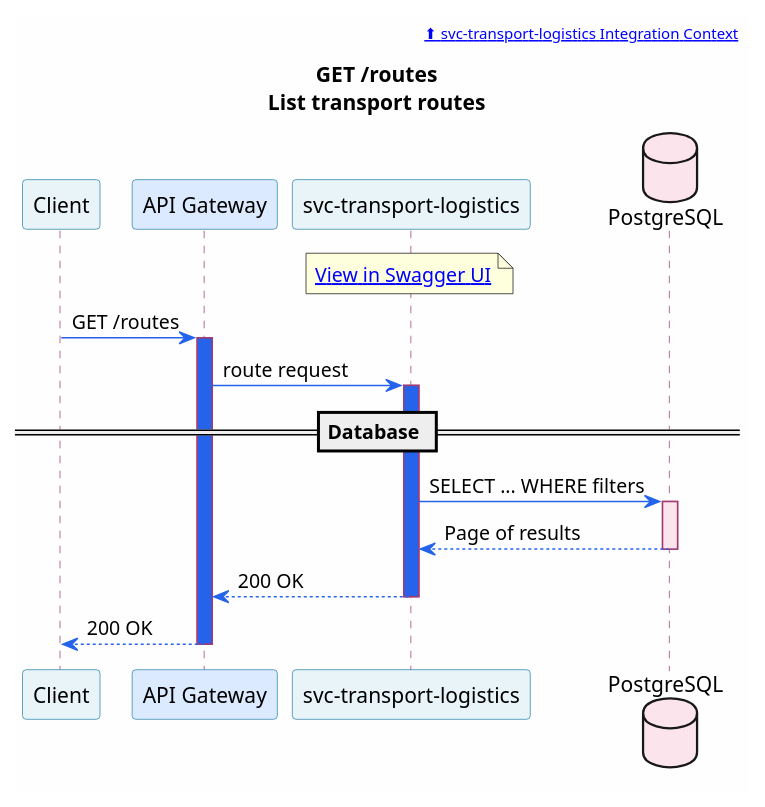
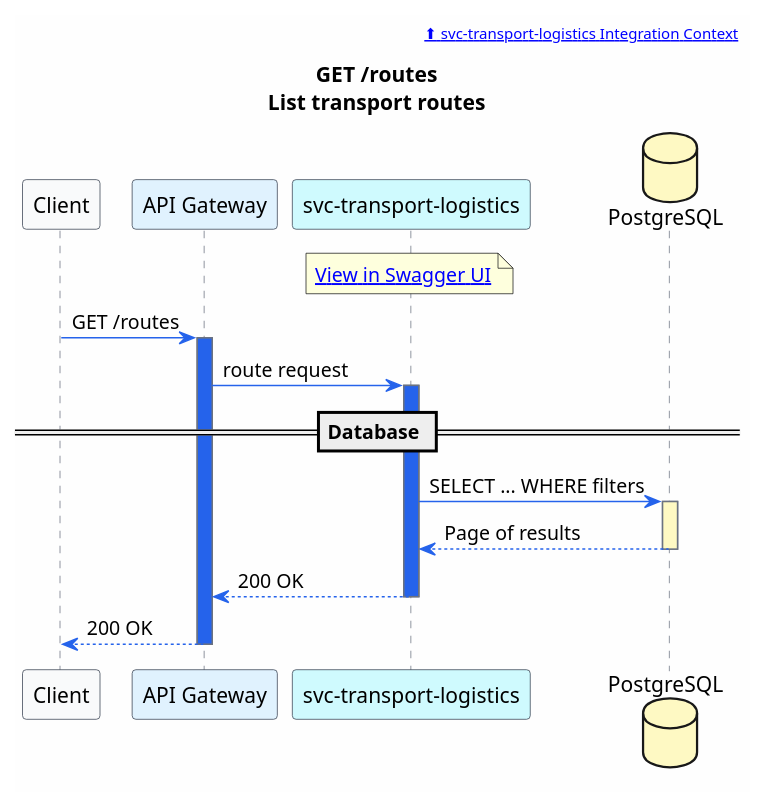
One commit to christopherblaisdell/continuous-architecture-platform-poc changed the diagram in portal/site/microservices/puml/svc-transport-logistics--get-routes.puml. Above: the diagram before and after it, drawn with PlantUML. The commit also changed 727 other files, not shown here.

```diff
--- a/portal/site/microservices/puml/svc-transport-logistics--get-routes.puml
+++ b/portal/site/microservices/puml/svc-transport-logistics--get-routes.puml
@@ -1,47 +1,47 @@
 @startuml svc-transport-logistics--get-routes
 
 skinparam backgroundColor #FEFEFE
 skinparam shadowing false
 skinparam defaultFontName "Segoe UI"
 skinparam sequence {
     ArrowColor #2563eb
-    ParticipantBorderColor #2E86AB
-    ParticipantBackgroundColor #E8F4F8
-    LifeLineBorderColor #A23B72
-    BoxBorderColor #F18F01
-    BoxBackgroundColor #FFF8F0
-    NoteBorderColor #c77b30
-    NoteBackgroundColor #FEF3E7
+    ParticipantBorderColor #374151
+    ParticipantBackgroundColor #F9FAFB
+    LifeLineBorderColor #6B7280
+    BoxBorderColor #94A3B8
+    BoxBackgroundColor #F8FAFC
+    NoteBorderColor #64748B
+    NoteBackgroundColor #F8FAFC
 }
 
 header [[/microservices/svc-transport-logistics/#integration-context ⬆ svc-transport-logistics Integration Context]]
 
 title GET /routes\nList transport routes
 
 participant "Client" as Client [[/applications/]]
-participant "API Gateway" as GW [[/actors/#api-gateway]] #DBEAFE
-participant "svc-transport-logistics" as Svc [[/microservices/svc-transport-logistics/]] #E8F4F8
-database "PostgreSQL" as DB [[/microservices/svc-transport-logistics/#data-store]] #FCE4EC
+participant "API Gateway" as GW [[/actors/#api-gateway]] #E0F2FE
+participant "svc-transport-logistics" as Svc [[/microservices/svc-transport-logistics/]] #CFFAFE
+database "PostgreSQL" as DB [[/microservices/svc-transport-logistics/#data-store]] #FEF9C3
 
 note over Svc
   [[/services/api/svc-transport-logistics.html View in Swagger UI]]
 end note
 
 Client -> GW : GET /routes
 activate GW #2563eb
 GW -> Svc : route request
 activate Svc #2563eb
 
 == Database ==
 
 Svc -> DB : SELECT ... WHERE filters
-activate DB #FCE4EC
+activate DB #FEF9C3
 DB --> Svc : Page of results
 deactivate DB
 
 Svc --> GW : 200 OK
 deactivate Svc
 GW --> Client : 200 OK
 deactivate GW
 
 @enduml
```
